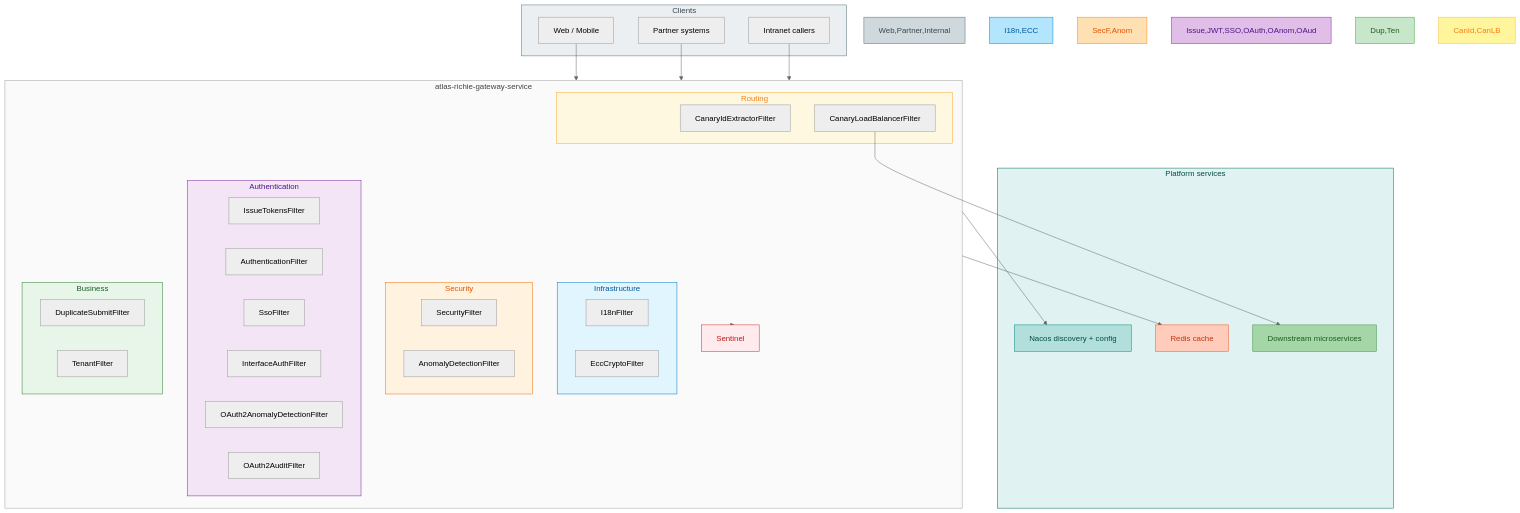
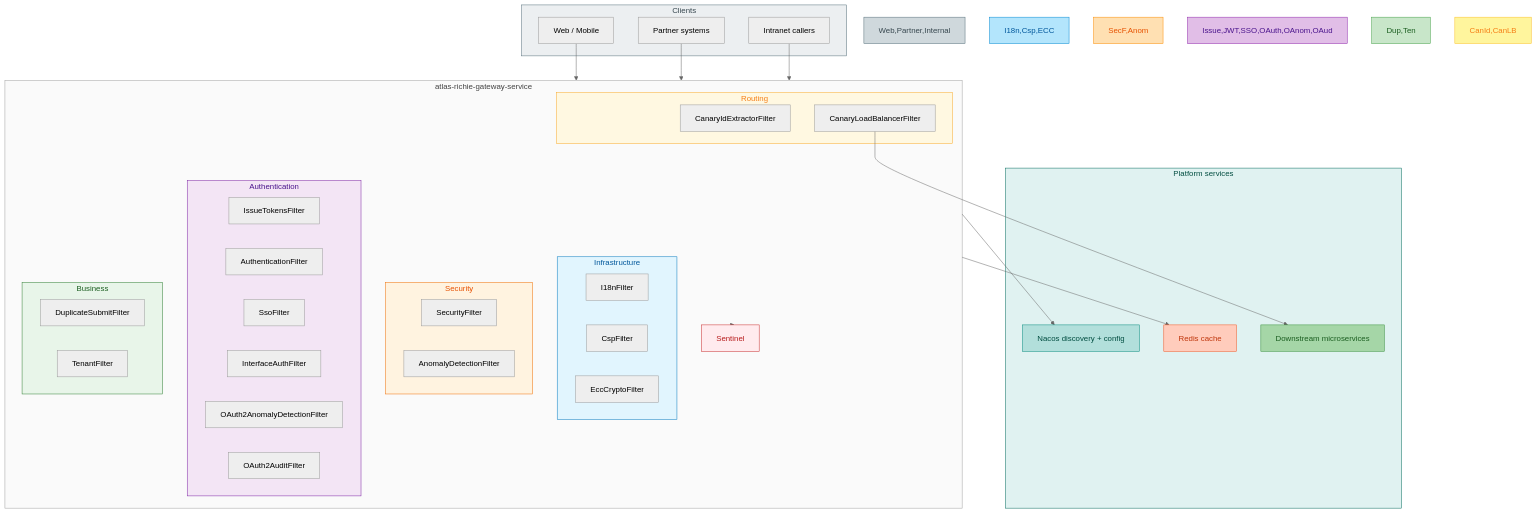
One commit to richie696/atlas-richie-platform changed the first of 3 diagrams in atlas-richie-gateway-service/README.md. Above: the diagram before and after it, drawn with Mermaid (neutral theme). The commit also changed other lines of this file and 18 other files, not shown here.

````diff
--- a/atlas-richie-gateway-service/README.md
+++ b/atlas-richie-gateway-service/README.md
@@ -114,69 +115,70 @@
 ```mermaid
 flowchart TB
     subgraph Clients["Clients"]
         Web[Web / Mobile]
         Partner[Partner systems]
         Internal[Intranet callers]
     end
 
     subgraph GW["atlas-richie-gateway-service"]
         subgraph Infra["Infrastructure"]
             I18n[I18nFilter]
+            Csp[CspFilter]
             ECC[EccCryptoFilter]
         end
         subgraph Sec["Security"]
             SecF[SecurityFilter]
             Anom[AnomalyDetectionFilter]
         end
         subgraph Auth["Authentication"]
             Issue[IssueTokensFilter]
             JWT[AuthenticationFilter]
             SSO[SsoFilter]
             OAuth[InterfaceAuthFilter]
             OAnom[OAuth2AnomalyDetectionFilter]
             OAud[OAuth2AuditFilter]
         end
         subgraph Biz["Business"]
             Dup[DuplicateSubmitFilter]
             Ten[TenantFilter]
         end
         subgraph Route["Routing"]
             CanId[CanaryIdExtractorFilter]
             CanLB[CanaryLoadBalancerFilter]
         end
         Sentinel[Sentinel]
     end
 
     subgraph Platform["Platform services"]
         Nacos[Nacos discovery + config]
         Redis[Redis cache]
         Svc[Downstream microservices]
     end
 
     Web --> GW
     Partner --> GW
     Internal --> GW
     GW --> Sentinel
     GW --> Nacos
     GW --> Redis
     CanLB --> Svc
 
     style Clients fill:#eceff1,stroke:#546e7a,color:#37474f
     style GW fill:#fafafa,stroke:#9e9e9e,color:#424242
     style Infra fill:#e1f5fe,stroke:#0277bd,color:#01579b
     style Sec fill:#fff3e0,stroke:#ef6c00,color:#e65100
     style Auth fill:#f3e5f5,stroke:#7b1fa2,color:#4a148c
     style Biz fill:#e8f5e9,stroke:#2e7d32,color:#1b5e20
     style Route fill:#fff8e1,stroke:#f9a825,color:#f57f17
     style Platform fill:#e0f2f1,stroke:#00695c,color:#004d40
     style Sentinel fill:#ffebee,stroke:#c62828,color:#b71c1c
     style Web,Partner,Internal fill:#cfd8dc,stroke:#546e7a,color:#37474f
-    style I18n,ECC fill:#b3e5fc,stroke:#0288d1,color:#01579b
+    style I18n,Csp,ECC fill:#b3e5fc,stroke:#0288d1,color:#01579b
     style SecF,Anom fill:#ffe0b2,stroke:#fb8c00,color:#e65100
     style Issue,JWT,SSO,OAuth,OAnom,OAud fill:#e1bee7,stroke:#8e24aa,color:#4a148c
     style Dup,Ten fill:#c8e6c9,stroke:#43a047,color:#1b5e20
     style CanId,CanLB fill:#fff59d,stroke:#fbc02d,color:#f57f17
     style Nacos fill:#b2dfdb,stroke:#00897b,color:#004d40
     style Redis fill:#ffccbc,stroke:#f4511e,color:#bf360c
     style Svc fill:#a5d6a7,stroke:#388e3c,color:#1b5e20
 ```
````
